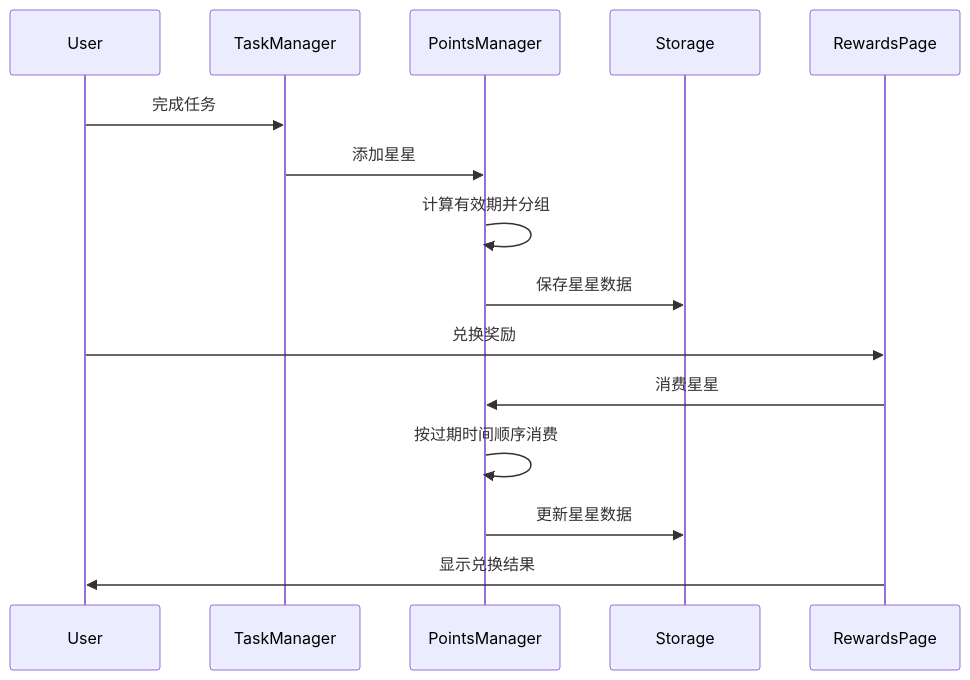
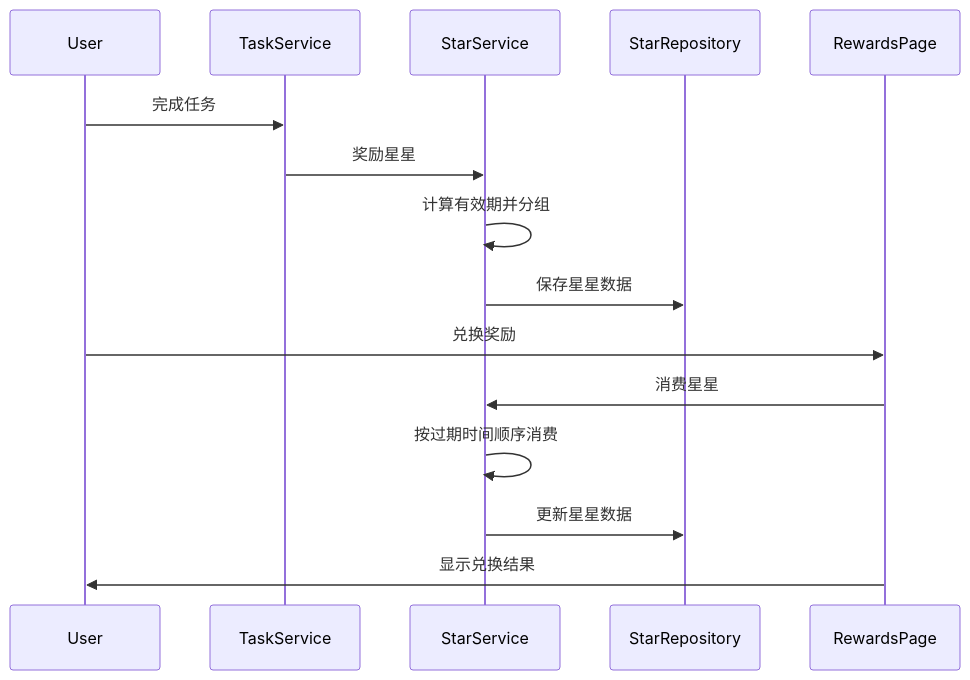
One commit to wangdafei091/study_task_wechat changed the fifth of 5 diagrams in docs/architecture/system_architecture.md. Above: the diagram before and after it, drawn with Mermaid. The commit also changed other lines of this file and 8 other files, not shown here.

````diff
--- a/docs/architecture/system_architecture.md
+++ b/docs/architecture/system_architecture.md
@@ -160,19 +162,19 @@
 ```mermaid
 sequenceDiagram
     participant User
-    participant TaskManager
-    participant PointsManager
-    participant Storage
+    participant TaskService
+    participant StarService
+    participant StarRepository
     participant RewardsPage
     
-    User->>TaskManager: 完成任务
-    TaskManager->>PointsManager: 添加星星
-    PointsManager->>PointsManager: 计算有效期并分组
-    PointsManager->>Storage: 保存星星数据
+    User->>TaskService: 完成任务
+    TaskService->>StarService: 奖励星星
+    StarService->>StarService: 计算有效期并分组
+    StarService->>StarRepository: 保存星星数据
     
     User->>RewardsPage: 兑换奖励
-    RewardsPage->>PointsManager: 消费星星
-    PointsManager->>PointsManager: 按过期时间顺序消费
-    PointsManager->>Storage: 更新星星数据
+    RewardsPage->>StarService: 消费星星
+    StarService->>StarService: 按过期时间顺序消费
+    StarService->>StarRepository: 更新星星数据
     RewardsPage->>User: 显示兑换结果
 ```
````
